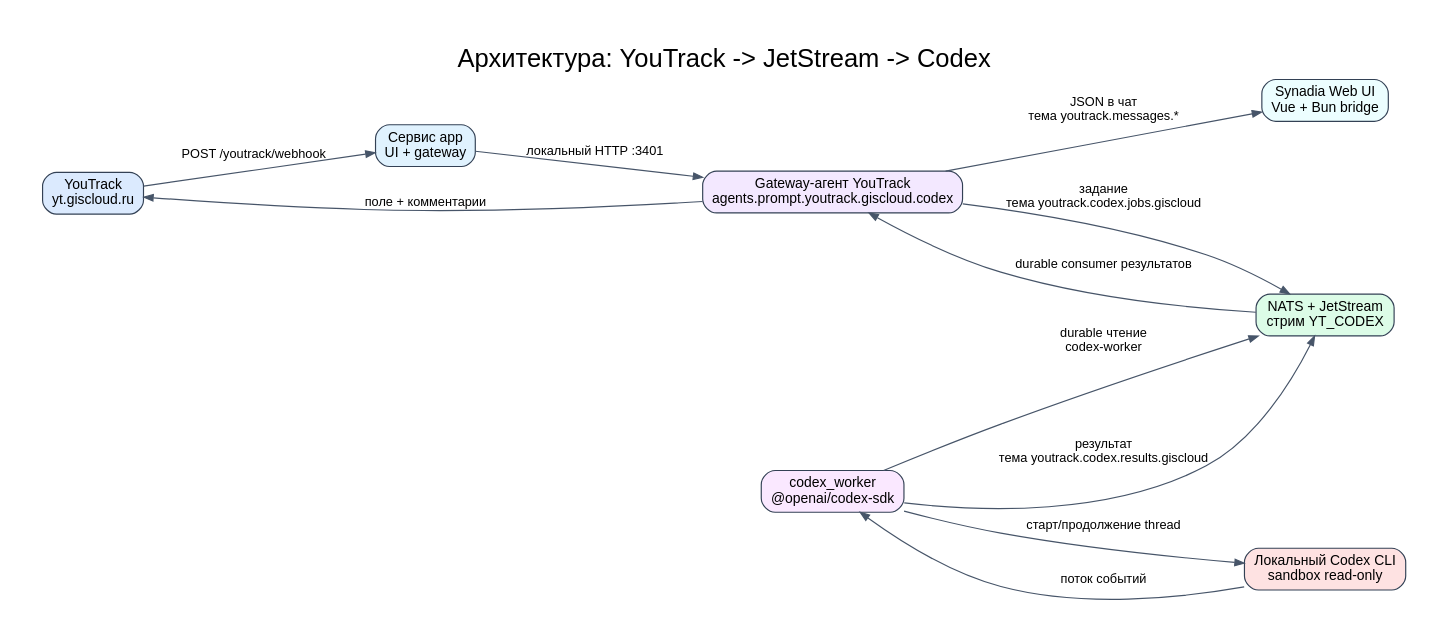
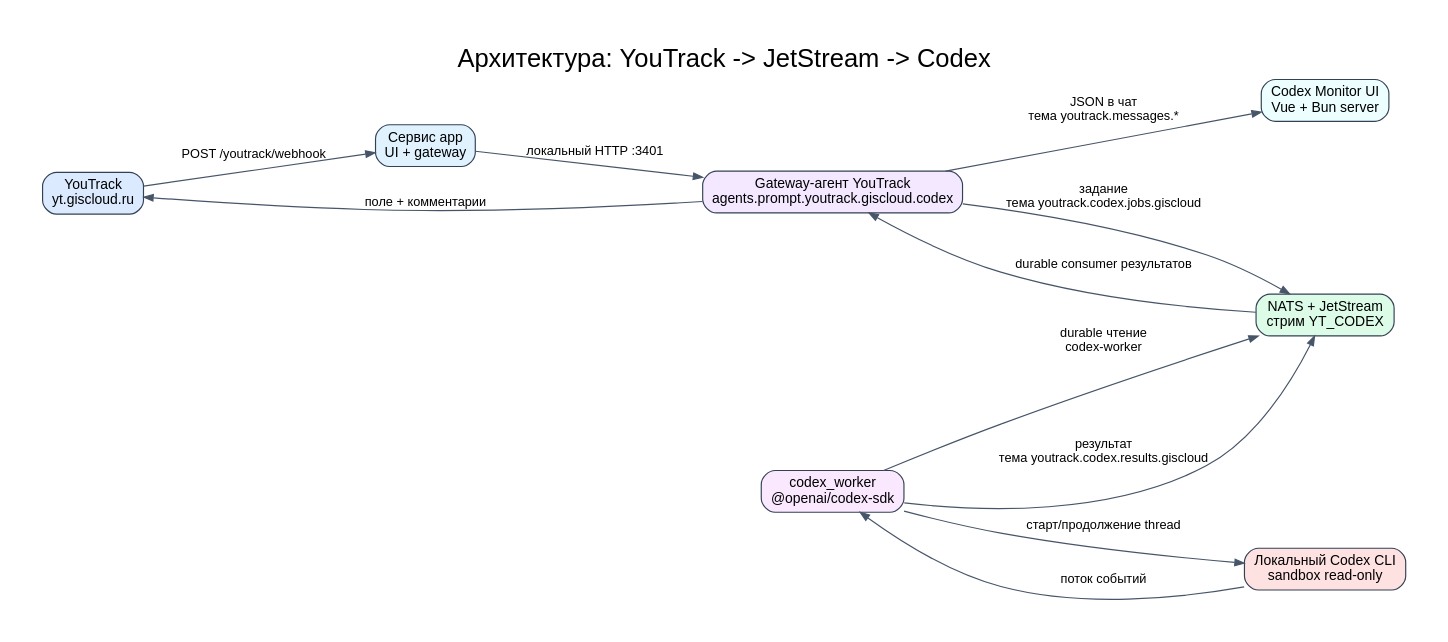
One commit to komaroffsergei/nats-synadia-dev changed the diagram in docs/diagrams/architecture.dot. Above: the diagram before and after it, drawn with Graphviz. The commit also changed 50 other files, not shown here.

Commit message:
Replace Synadia agent protocol with standalone Codex Monitor over NATS

```diff
--- a/docs/diagrams/architecture.dot
+++ b/docs/diagrams/architecture.dot
@@ -1,24 +1,24 @@
 digraph G {
   graph [rankdir=LR, bgcolor="white", pad="0.4", nodesep="0.7", ranksep="0.9", fontname="Arial", label="Архитектура: YouTrack -> JetStream -> Codex", labelloc="t", fontsize=22];
   node [shape=box, style="rounded,filled", fontname="Arial", fontsize=12, color="#334155", fillcolor="#f8fafc"];
   edge [fontname="Arial", fontsize=11, color="#475569", arrowsize=0.8];
 
   youtrack [label="YouTrack\nyt.giscloud.ru", fillcolor="#dbeafe"];
   app [label="Сервис app\nUI + gateway", fillcolor="#e0f2fe"];
-  ui [label="Synadia Web UI\nVue + Bun bridge", fillcolor="#ecfeff"];
+  ui [label="Codex Monitor UI\nVue + Bun server", fillcolor="#ecfeff"];
   gateway [label="Gateway-агент YouTrack\nagents.prompt.youtrack.giscloud.codex", fillcolor="#f3e8ff"];
   nats [label="NATS + JetStream\nстрим YT_CODEX", fillcolor="#dcfce7"];
   worker [label="codex_worker\n@openai/codex-sdk", fillcolor="#fae8ff"];
   codex [label="Локальный Codex CLI\nsandbox read-only", fillcolor="#fee2e2"];
 
   youtrack -> app [label="POST /youtrack/webhook"];
   app -> gateway [label="локальный HTTP :3401"];
   gateway -> ui [label="JSON в чат\nтема youtrack.messages.*"];
   gateway -> nats [label="задание\nтема youtrack.codex.jobs.giscloud"];
   worker -> nats [label="durable чтение\ncodex-worker"];
   worker -> codex [label="старт/продолжение thread"];
   codex -> worker [label="поток событий"];
   worker -> nats [label="результат\nтема youtrack.codex.results.giscloud"];
   nats -> gateway [label="durable consumer результатов"];
   gateway -> youtrack [label="поле + комментарии"];
 }
```
